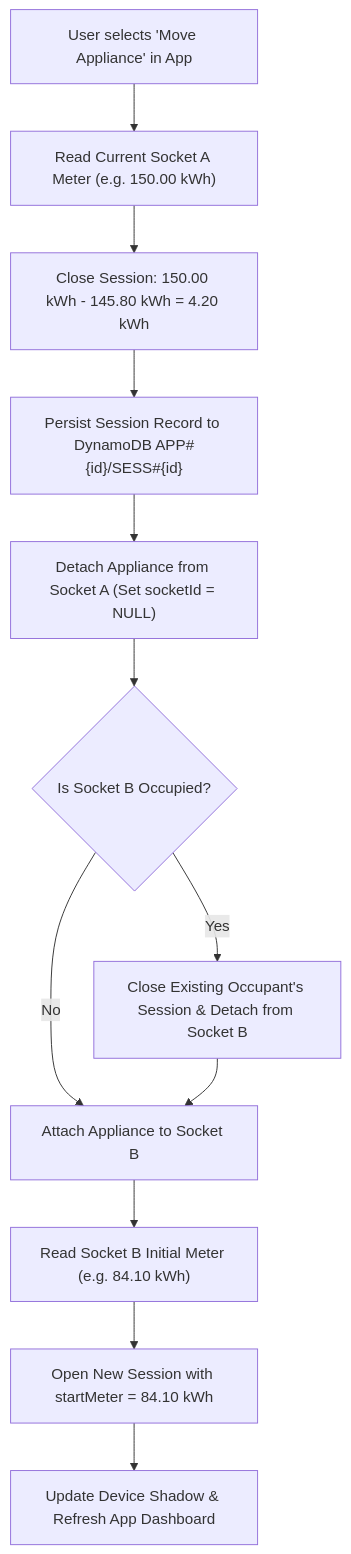
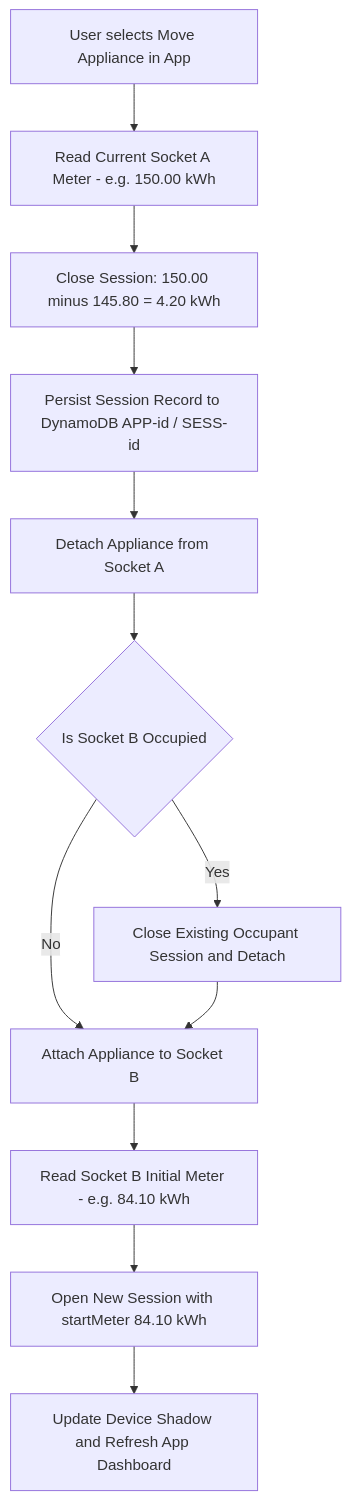
One commit to VimalChaudhary07/SEMS changed the sixth of 11 diagrams in README.md. Above: the diagram before and after it, drawn with Mermaid. The commit also changed other lines of this file and 5 other files, not shown here.

````diff
--- a/README.md
+++ b/README.md
@@ -417,14 +420,14 @@
 ```mermaid
 flowchart TD
-    Start["User selects 'Move Appliance' in App"] --> ReadA["Read Current Socket A Meter (e.g. 150.00 kWh)"]
-    ReadA --> CloseSess["Close Session: 150.00 kWh - 145.80 kWh = 4.20 kWh"]
-    CloseSess --> SaveA["Persist Session Record to DynamoDB APP#{id}/SESS#{id}"]
-    SaveA --> DetachA["Detach Appliance from Socket A (Set socketId = NULL)"]
-    DetachA --> CheckB{"Is Socket B Occupied?"}
-    CheckB -->|Yes| CloseB["Close Existing Occupant's Session & Detach from Socket B"]
+    Start["User selects Move Appliance in App"] --> ReadA["Read Current Socket A Meter - e.g. 150.00 kWh"]
+    ReadA --> CloseSess["Close Session: 150.00 minus 145.80 = 4.20 kWh"]
+    CloseSess --> SaveA["Persist Session Record to DynamoDB APP-id / SESS-id"]
+    SaveA --> DetachA["Detach Appliance from Socket A"]
+    DetachA --> CheckB{"Is Socket B Occupied"}
+    CheckB -->|Yes| CloseB["Close Existing Occupant Session and Detach"]
     CheckB -->|No| AttachB["Attach Appliance to Socket B"]
     CloseB --> AttachB
-    AttachB --> ReadB["Read Socket B Initial Meter (e.g. 84.10 kWh)"]
-    ReadB --> StartSess["Open New Session with startMeter = 84.10 kWh"]
-    StartSess --> SyncCloud["Update Device Shadow & Refresh App Dashboard"]
+    AttachB --> ReadB["Read Socket B Initial Meter - e.g. 84.10 kWh"]
+    ReadB --> StartSess["Open New Session with startMeter 84.10 kWh"]
+    StartSess --> SyncCloud["Update Device Shadow and Refresh App Dashboard"]
 ```
````
